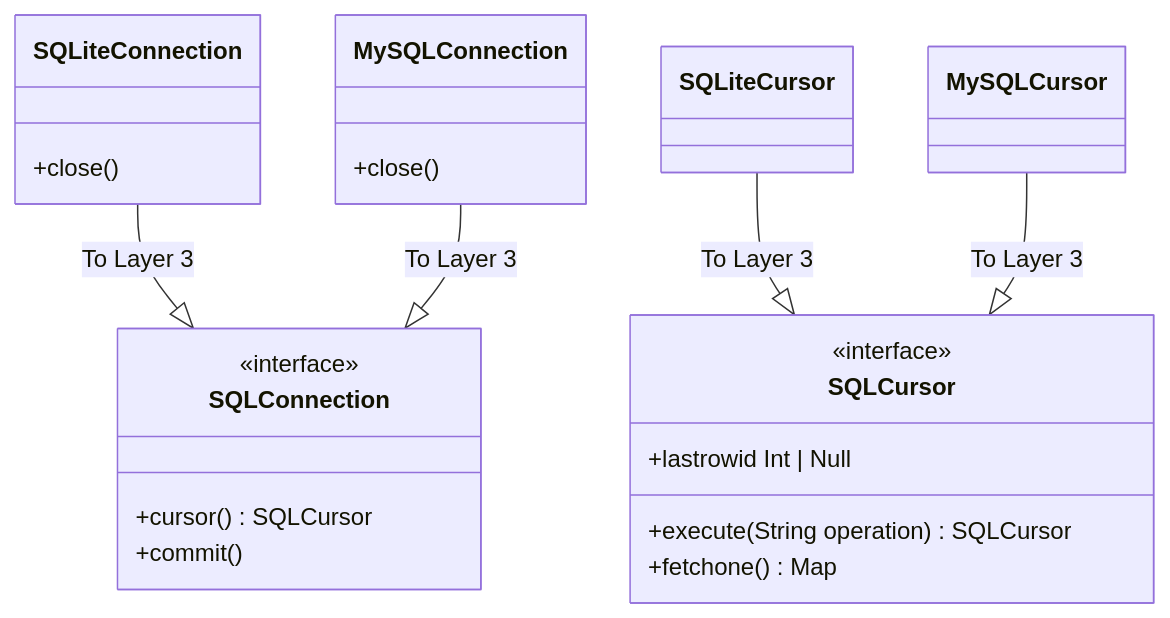
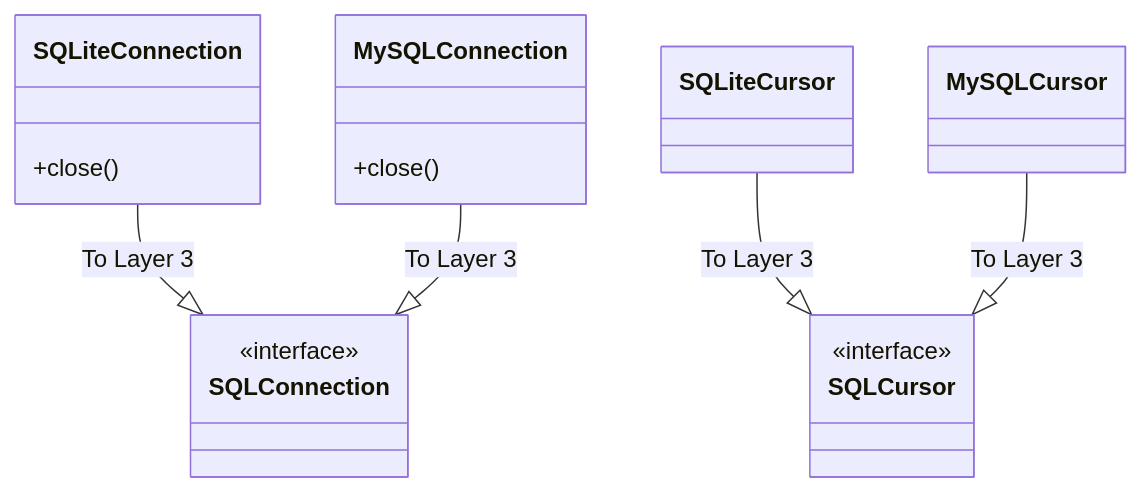
Before and after one commit to janheindejong/outhouse: the fifth of 5 diagrams in backend/README.md, drawn with Mermaid. The commit also changed other lines of this file and 6 other files, not shown here.

````diff
--- a/backend/README.md
+++ b/backend/README.md
@@ -92,29 +93,24 @@
 ```mermaid 
 classDiagram 
 
 class SQLConnection {
     <<interface>>
-    +cursor() SQLCursor
-    +commit()
 }
 
 class SQLCursor {
     <<interface>>
-    +lastrowid Int | Null
-    +execute(String operation) SQLCursor
-    +fetchone() Map
 }
 
 class SQLiteConnection {
     +close()
 }
 
 class MySQLConnection {
     +close()
 }
 
 SQLiteConnection --|> SQLConnection : To Layer 3
 SQLiteCursor --|> SQLCursor : To Layer 3
 MySQLConnection --|> SQLConnection : To Layer 3
 MySQLCursor --|> SQLCursor : To Layer 3
 ```
````
